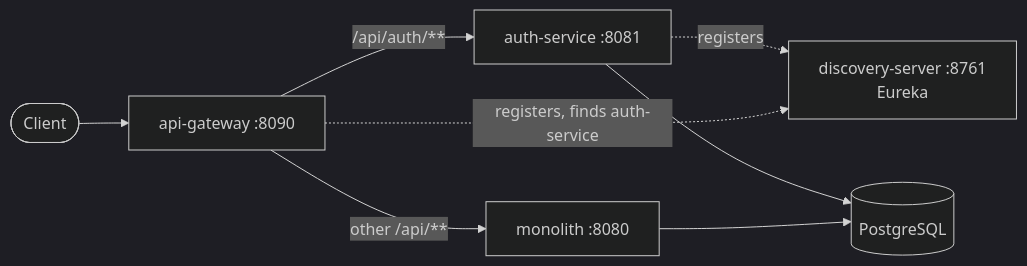
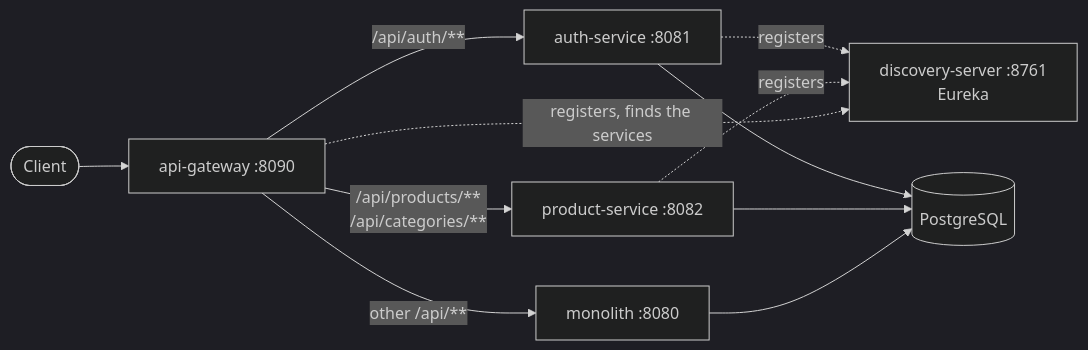
The first of 2 diagrams in README.md (monssefbaakka/ecommerce-microservices), drawn with Mermaid (dark theme) before and after one commit. The commit also changed other lines of this file, not shown here.

Commit message:
docs(readme): product-service in the Microservices section, diagram and gateway routes

````diff
--- a/README.md
+++ b/README.md
@@ -123,10 +123,13 @@
 ```mermaid
 flowchart LR
     client([Client]) --> gateway["api-gateway :8090"]
     gateway -- "/api/auth/**" --> auth["auth-service :8081"]
+    gateway -- "/api/products/**<br/>/api/categories/**" --> product["product-service :8082"]
     gateway -- "other /api/**" --> monolith["monolith :8080"]
     auth -. registers .-> eureka["discovery-server :8761<br/>Eureka"]
-    gateway -. registers, finds auth-service .-> eureka
+    product -. registers .-> eureka
+    gateway -. registers, finds the services .-> eureka
     auth --> db[(PostgreSQL)]
+    product --> db
     monolith --> db
 ```
````
